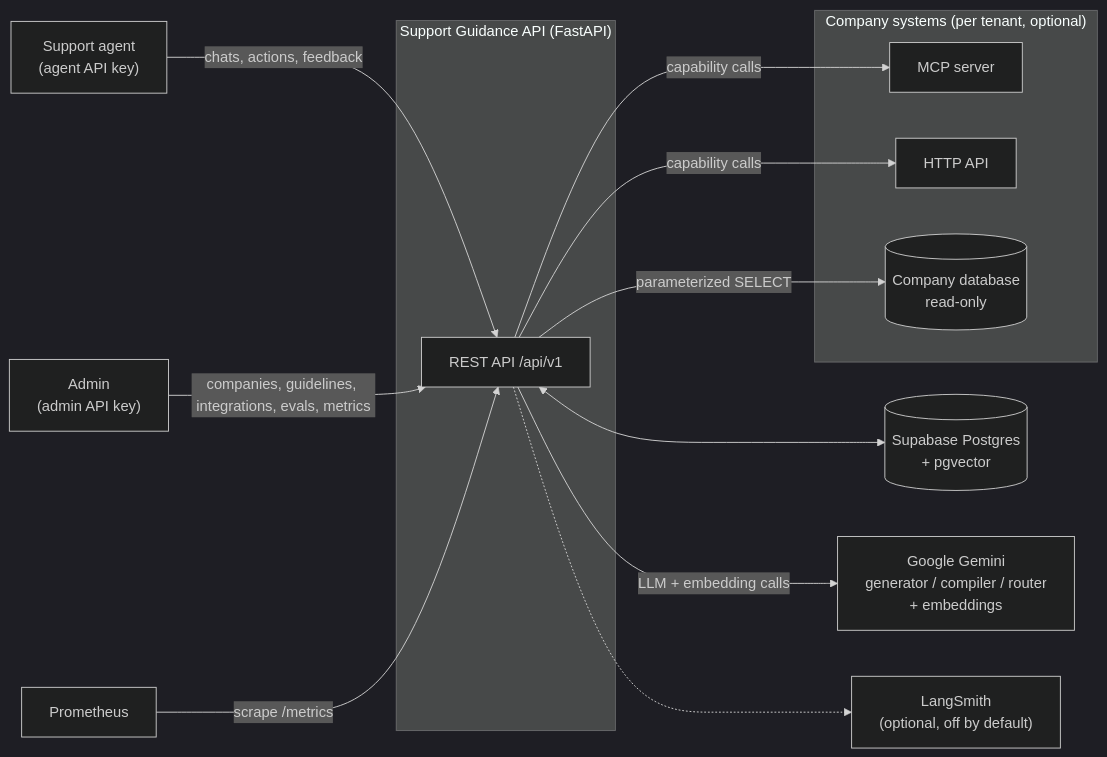
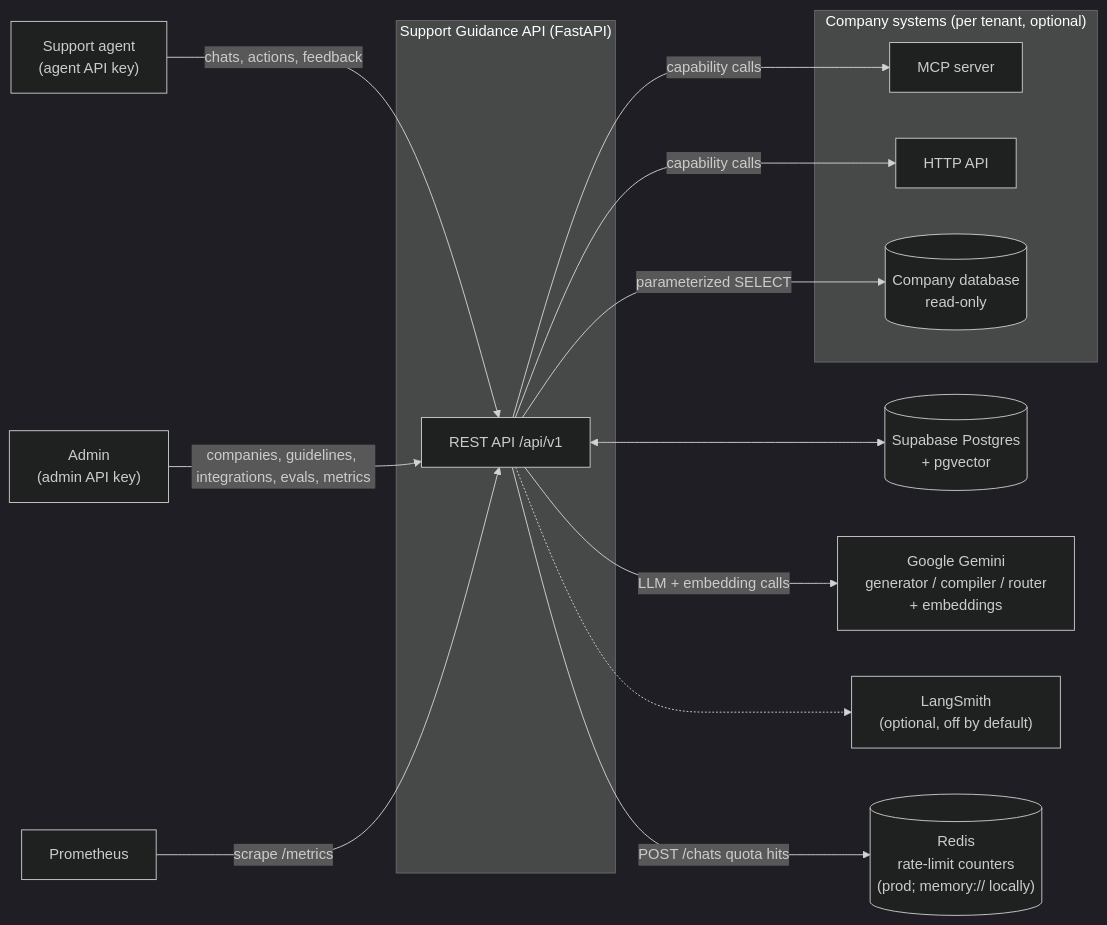
Before and after one commit to getBrijendra/customer-support-agent: the first of 12 diagrams in architecture.md, drawn with Mermaid (dark theme). The commit also changed other lines of this file, not shown here.

````diff
--- a/architecture.md
+++ b/architecture.md
@@ -22,31 +22,33 @@
 ```mermaid
 flowchart LR
     agent["Support agent<br/>(agent API key)"]
     admin["Admin<br/>(admin API key)"]
 
     subgraph app["Support Guidance API (FastAPI)"]
         api["REST API /api/v1"]
     end
 
     pg[("Supabase Postgres<br/>+ pgvector")]
     gemini["Google Gemini<br/>generator / compiler / router<br/>+ embeddings"]
 
     subgraph company["Company systems (per tenant, optional)"]
         mcp["MCP server"]
         http["HTTP API"]
         db[("Company database<br/>read-only")]
     end
 
     prom["Prometheus"]
     ls["LangSmith<br/>(optional, off by default)"]
+    redis[("Redis<br/>rate-limit counters<br/>(prod; memory:// locally)")]
 
     agent -- "chats, actions, feedback" --> api
     admin -- "companies, guidelines, integrations, evals, metrics" --> api
     api <--> pg
     api -- "LLM + embedding calls" --> gemini
     api -- "capability calls" --> mcp
     api -- "capability calls" --> http
     api -- "parameterized SELECT" --> db
     prom -- "scrape /metrics" --> api
     api -.-> ls
+    api -- "POST /chats quota hits" --> redis
 ```
````
